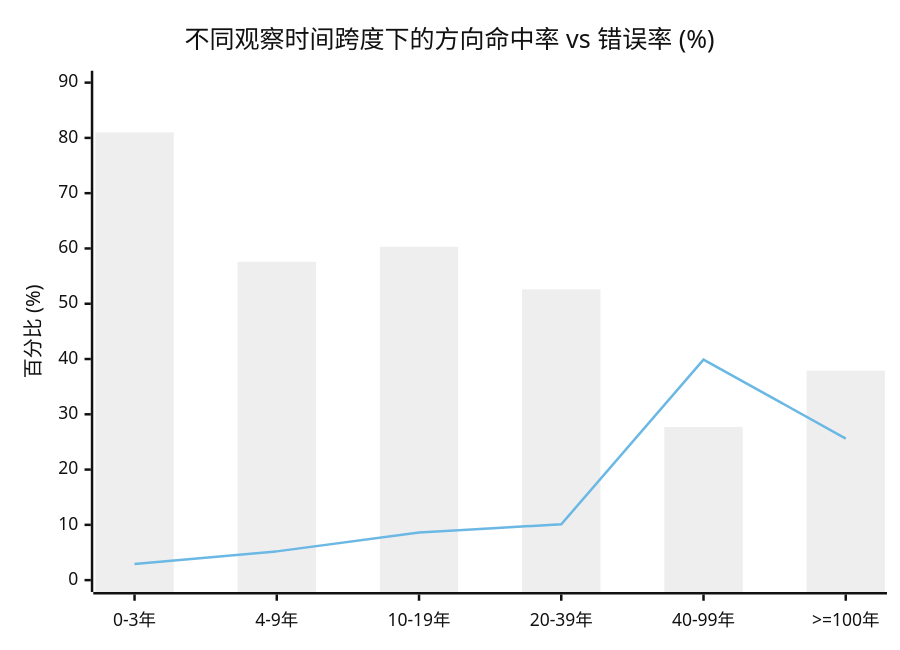
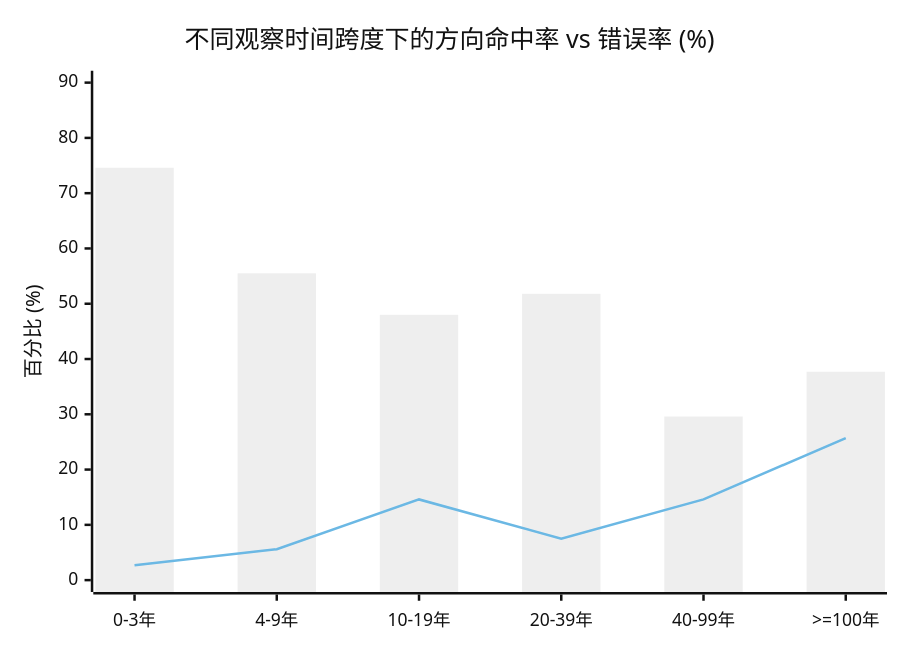
Before and after one commit to nebulonvc/forecast-lab: the first of 2 diagrams in docs/03-data-and-forecasting-guide.md, drawn with Mermaid (neutral theme). The commit also changed other lines of this file and 34 other files, not shown here.

````diff
--- a/docs/03-data-and-forecasting-guide.md
+++ b/docs/03-data-and-forecasting-guide.md
@@ -15,8 +15,8 @@
 ```mermaid
 xychart-beta
     title "不同观察时间跨度下的方向命中率 vs 错误率 (%)"
     x-axis ["0-3年", "4-9年", "10-19年", "20-39年", "40-99年", ">=100年"]
     y-axis "百分比 (%)" 0 --> 90
-    bar [81.0, 57.6, 60.3, 52.6, 27.7, 37.9]
-    line [2.9, 5.2, 8.6, 10.1, 39.9, 25.6]
+    bar [74.6, 55.5, 48.0, 51.8, 29.6, 37.7]
+    line [2.7, 5.6, 14.6, 7.5, 14.6, 25.7]
 ```
````
